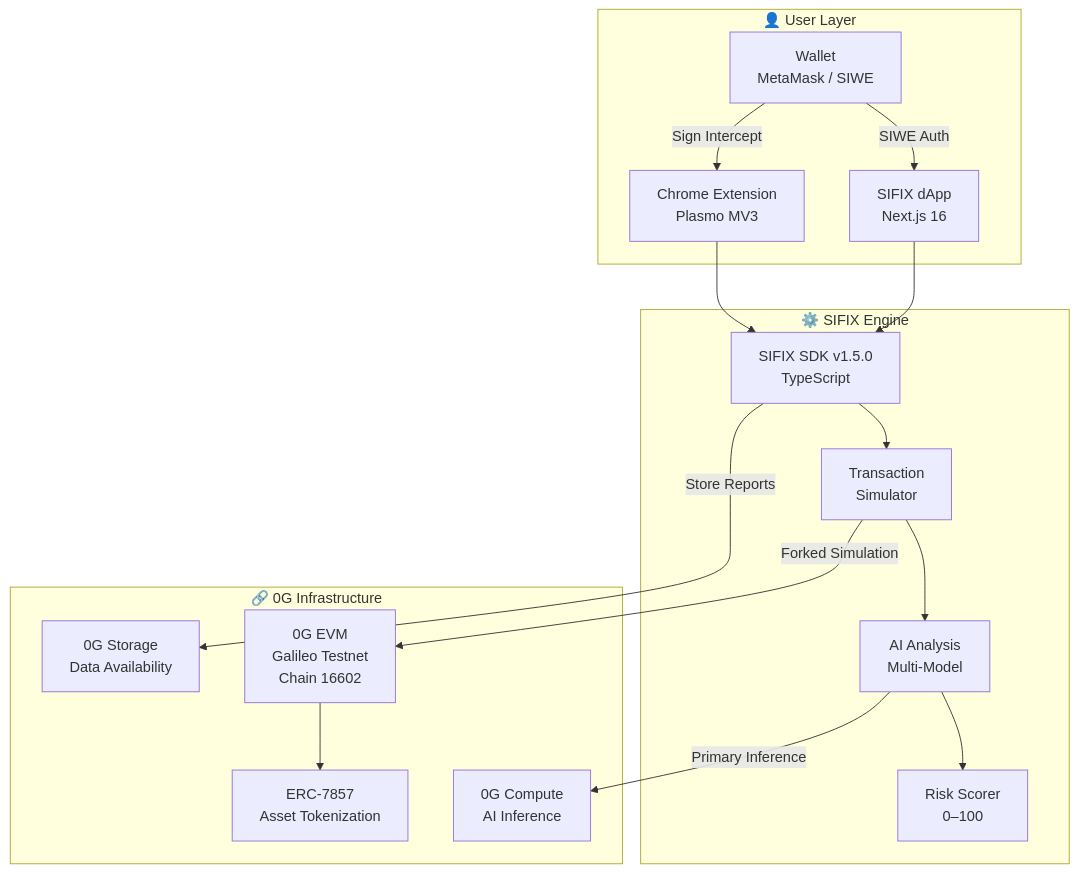
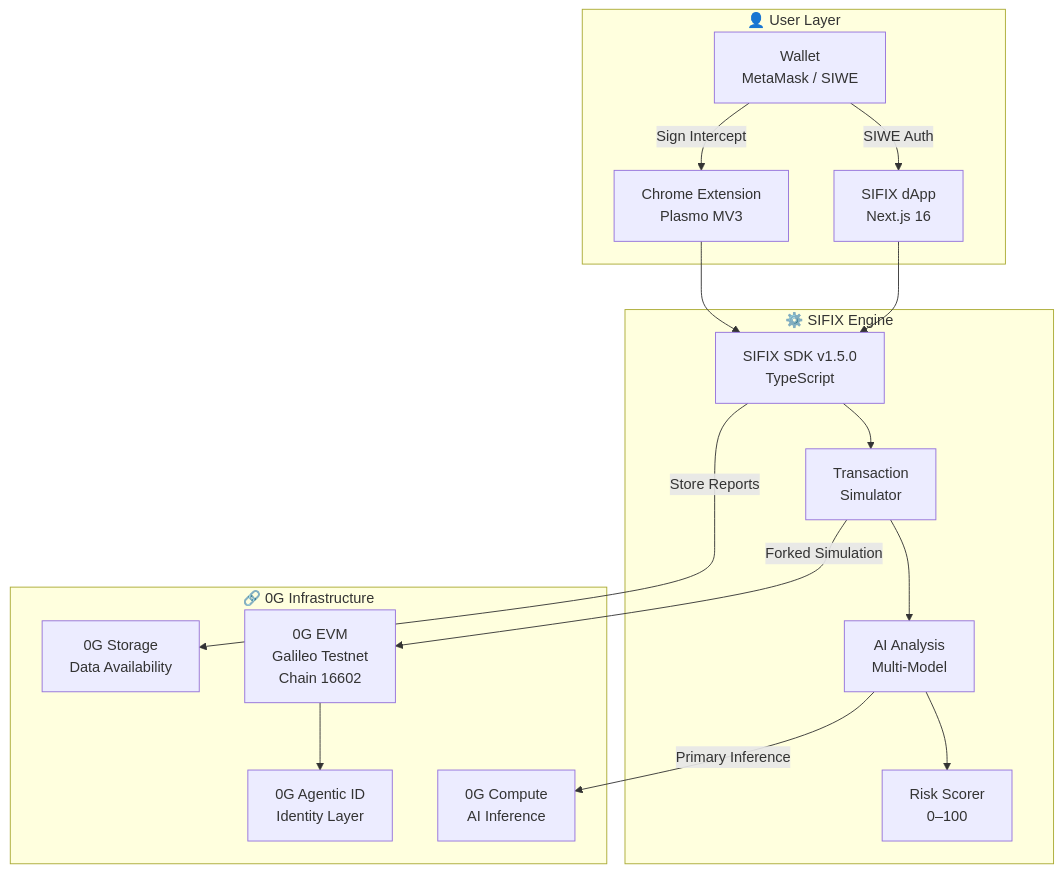
One commit to sifix-ai/sifix-docs changed the diagram in docs/overview/introduction.md. Above: the diagram before and after it, drawn with Mermaid. The commit also changed other lines of this file and 13 other files, not shown here.

Commit message:
docs: full audit sync with current SIFIX architecture

````diff
--- a/docs/overview/introduction.md
+++ b/docs/overview/introduction.md
@@ -66,36 +66,36 @@
 ```mermaid
 graph TB
     subgraph UserLayer["👤 User Layer"]
         DApp["SIFIX dApp<br/>Next.js 16"]
         Ext["Chrome Extension<br/>Plasmo MV3"]
         Wallet["Wallet<br/>MetaMask / SIWE"]
     end
 
     subgraph SIFIXEngine["⚙️ SIFIX Engine"]
         SDK["SIFIX SDK v1.5.0<br/>TypeScript"]
         Sim["Transaction<br/>Simulator"]
         AI["AI Analysis<br/>Multi-Model"]
         Scorer["Risk Scorer<br/>0–100"]
     end
 
     subgraph OGInfra["🔗 0G Infrastructure"]
         OGStorage["0G Storage<br/>Data Availability"]
         OGCompute["0G Compute<br/>AI Inference"]
         OGEVM["0G EVM<br/>Galileo Testnet<br/>Chain 16602"]
-        ERC["ERC-7857<br/>Asset Tokenization"]
+        AGID["0G Agentic ID<br/>Identity Layer"]
     end
 
     DApp --> SDK
     Ext --> SDK
     Wallet -->|SIWE Auth| DApp
     Wallet -->|Sign Intercept| Ext
 
     SDK --> Sim
     Sim --> AI
     AI --> Scorer
 
     Sim -->|Forked Simulation| OGEVM
     AI -->|Primary Inference| OGCompute
     SDK -->|Store Reports| OGStorage
-    OGEVM --> ERC
+    OGEVM --> AGID
 ```
````
